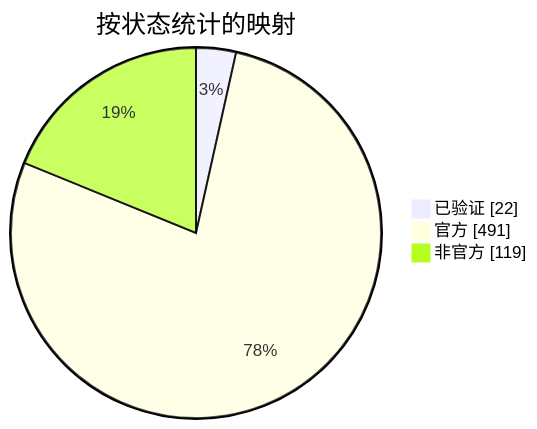
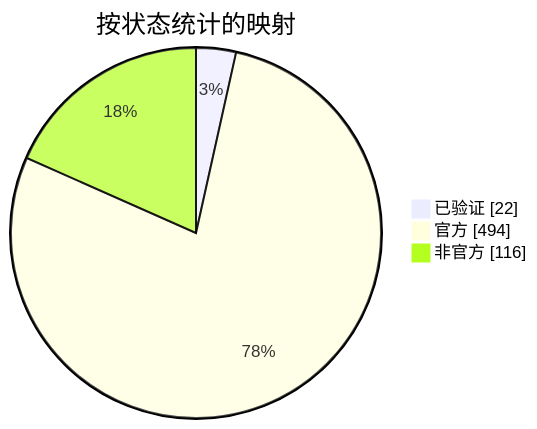
The diagram in docs/readme/README_ZHS.md (nobrega8/mbmap-library), drawn with Mermaid before and after one commit. The commit also changed 8 other files, not shown here.

````diff
--- a/docs/readme/README_ZHS.md
+++ b/docs/readme/README_ZHS.md
@@ -54,7 +54,7 @@
 ```mermaid
 pie showData
     title 按状态统计的映射
     "已验证" : 22
-    "官方" : 491
-    "非官方" : 119
+    "官方" : 494
+    "非官方" : 116
 ```
````
